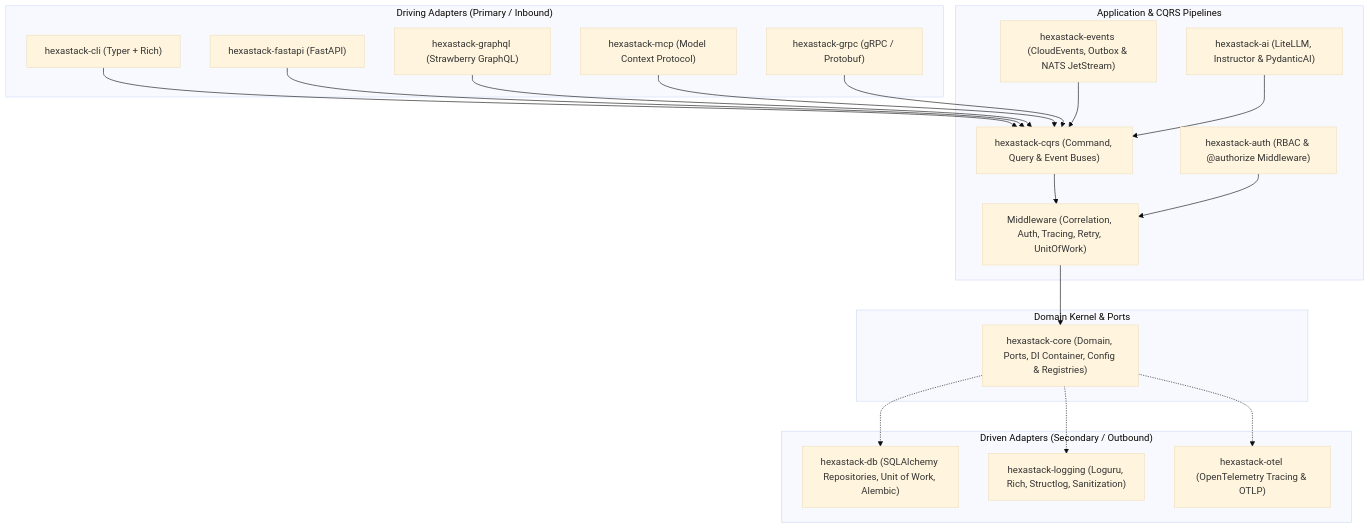
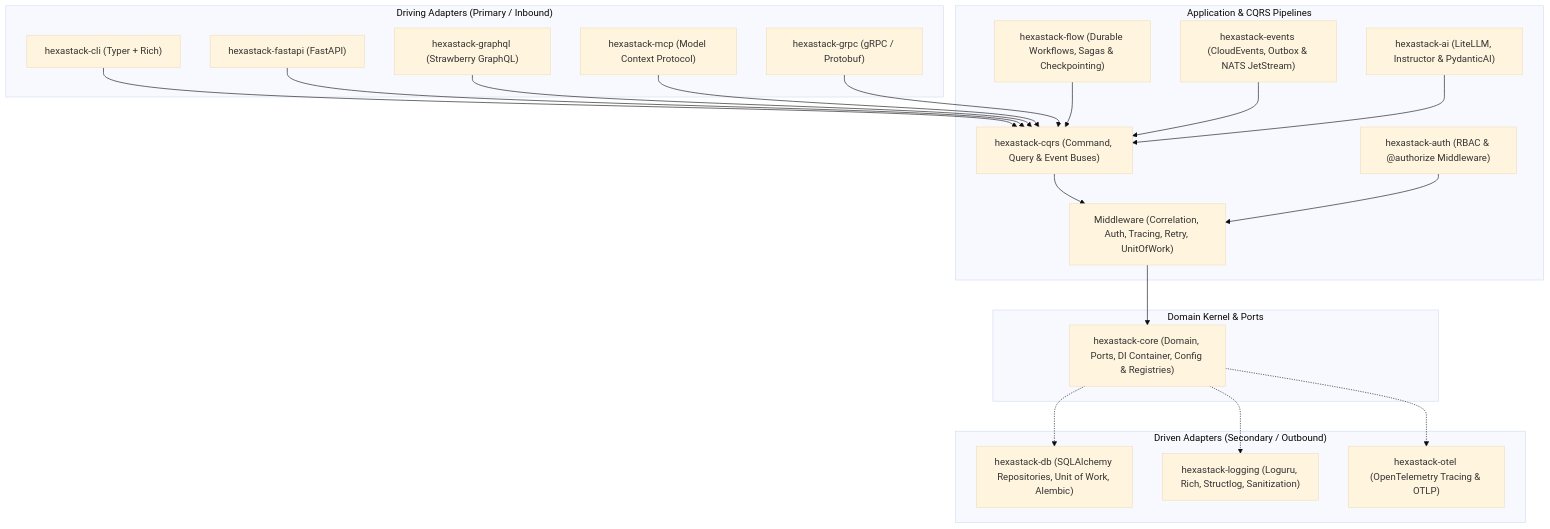
One commit to TheTrueSCU/hexastack changed the first of 5 diagrams in README.md. Above: the diagram before and after it, drawn with Mermaid (base theme). The commit also changed other lines of this file and 72 other files, not shown here.

First line of the commit message:
feat(flow, cqrs): introduce hexastack-flow and consolidate distributed sagas into workflows (#139)

````diff
--- a/README.md
+++ b/README.md
@@ -45,42 +45,44 @@
 ```mermaid
 graph TD
     subgraph DrivingAdapters ["Driving Adapters (Primary / Inbound)"]
         CLI["hexastack-cli (Typer + Rich)"]
         REST["hexastack-fastapi (FastAPI)"]
         GQL["hexastack-graphql (Strawberry GraphQL)"]
         GRPC["hexastack-grpc (gRPC / Protobuf)"]
         MCP["hexastack-mcp (Model Context Protocol)"]
     end
 
     subgraph CQRSExecution ["Application & CQRS Pipelines"]
         AI["hexastack-ai (LiteLLM, Instructor & PydanticAI)"]
         AUTH["hexastack-auth (RBAC & @authorize Middleware)"]
         BUS["hexastack-cqrs (Command, Query & Event Buses)"]
         EVENTS["hexastack-events (CloudEvents, Outbox & NATS JetStream)"]
+        FLOW["hexastack-flow (Durable Workflows, Sagas & Checkpointing)"]
         MW["Middleware (Correlation, Auth, Tracing, Retry, UnitOfWork)"]
     end
 
     subgraph DomainKernel ["Domain Kernel & Ports"]
         CORE["hexastack-core (Domain, Ports, DI Container, Config & Registries)"]
     end
 
     subgraph DrivenAdapters ["Driven Adapters (Secondary / Outbound)"]
         DB["hexastack-db (SQLAlchemy Repositories, Unit of Work, Alembic)"]
         LOG["hexastack-logging (Loguru, Rich, Structlog, Sanitization)"]
         OTEL["hexastack-otel (OpenTelemetry Tracing & OTLP)"]
     end
 
     CLI --> BUS
     REST --> BUS
     GQL --> BUS
     MCP --> BUS
     GRPC --> BUS
+    FLOW --> BUS
     BUS --> MW
     AUTH --> MW
     EVENTS --> BUS
     AI --> BUS
     MW --> CORE
     CORE -.-> DB
     CORE -.-> LOG
     CORE -.-> OTEL
 ```
````
